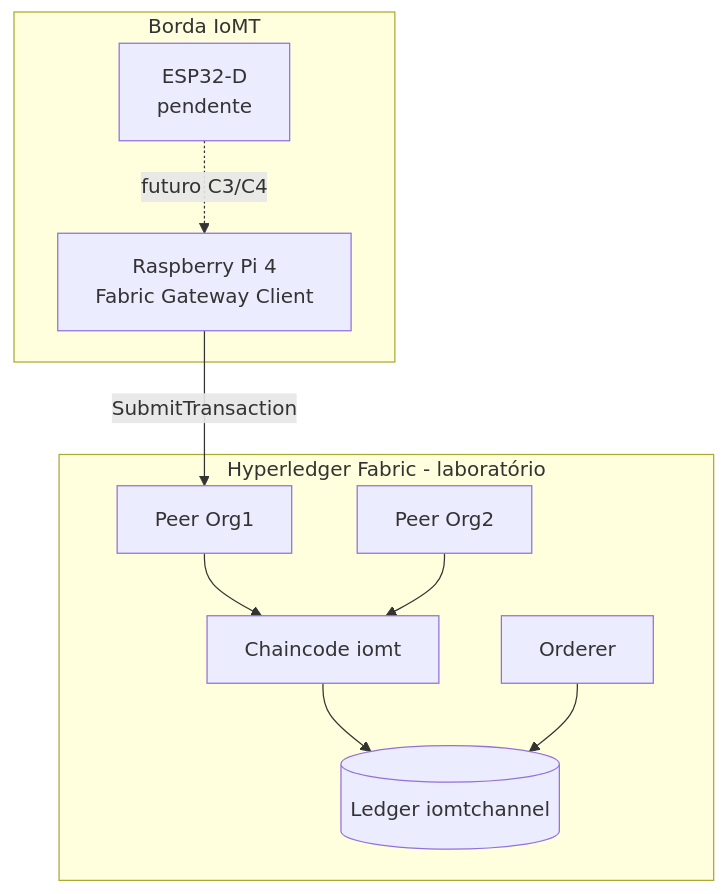
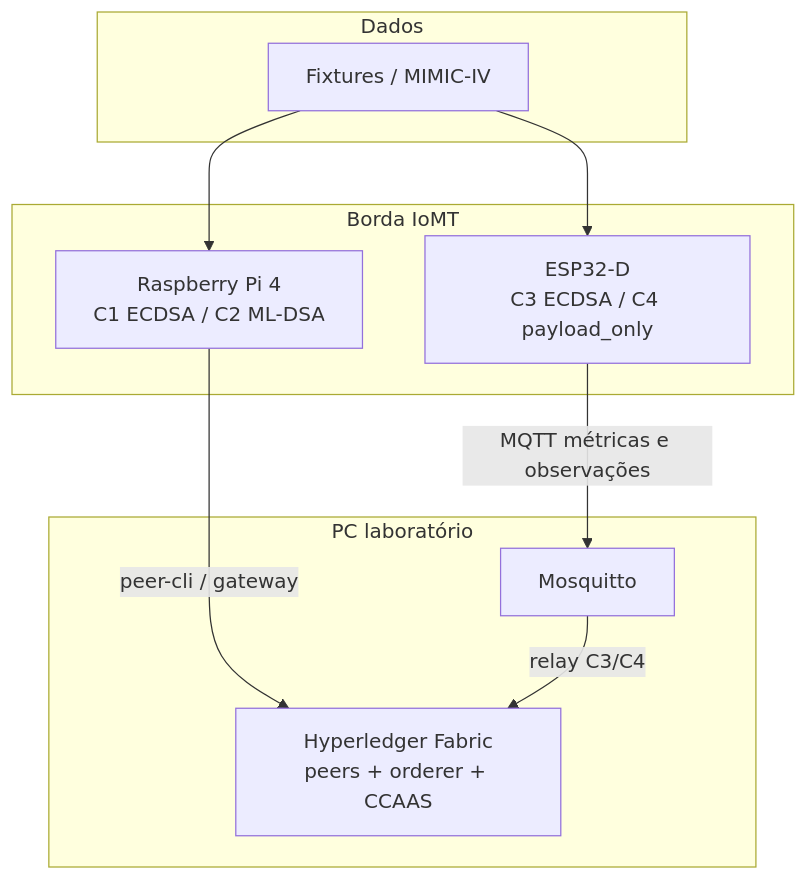
One commit to benetche/tcc-mldsa changed the diagram in docs/arquitetura.md. Above: the diagram before and after it, drawn with Mermaid. The commit also changed other lines of this file and 20 other files, not shown here.

````diff
--- a/docs/arquitetura.md
+++ b/docs/arquitetura.md
@@ -7,20 +7,19 @@
 ```mermaid
 flowchart TB
   subgraph edge [Borda IoMT]
-    PI[Raspberry Pi 4\nFabric Gateway Client]
-    ESP[ESP32-D\npendente]
+    PI[Raspberry Pi 4\nC1 ECDSA / C2 ML-DSA]
+    ESP[ESP32-D\nC3 ECDSA / C4 payload_only]
   end
-  subgraph fabric [Hyperledger Fabric - laboratório]
-    O[Orderer]
-    P1[Peer Org1]
-    P2[Peer Org2]
-    CC[Chaincode iomt]
-    L[(Ledger iomtchannel)]
+  subgraph host [PC laboratório]
+    MQTT[Mosquitto]
+    FAB[Hyperledger Fabric\npeers + orderer + CCAAS]
   end
-  PI -->|SubmitTransaction| P1
-  P1 --> CC
-  CC --> L
-  O --> L
-  P2 --> CC
-  ESP -.->|futuro C3/C4| PI
+  subgraph data [Dados]
+    FHIR[Fixtures / MIMIC-IV]
+  end
+  FHIR --> PI
+  FHIR --> ESP
+  PI -->|peer-cli / gateway| FAB
+  ESP -->|MQTT métricas e observações| MQTT
+  MQTT -->|relay C3/C4| FAB
 ```
````
